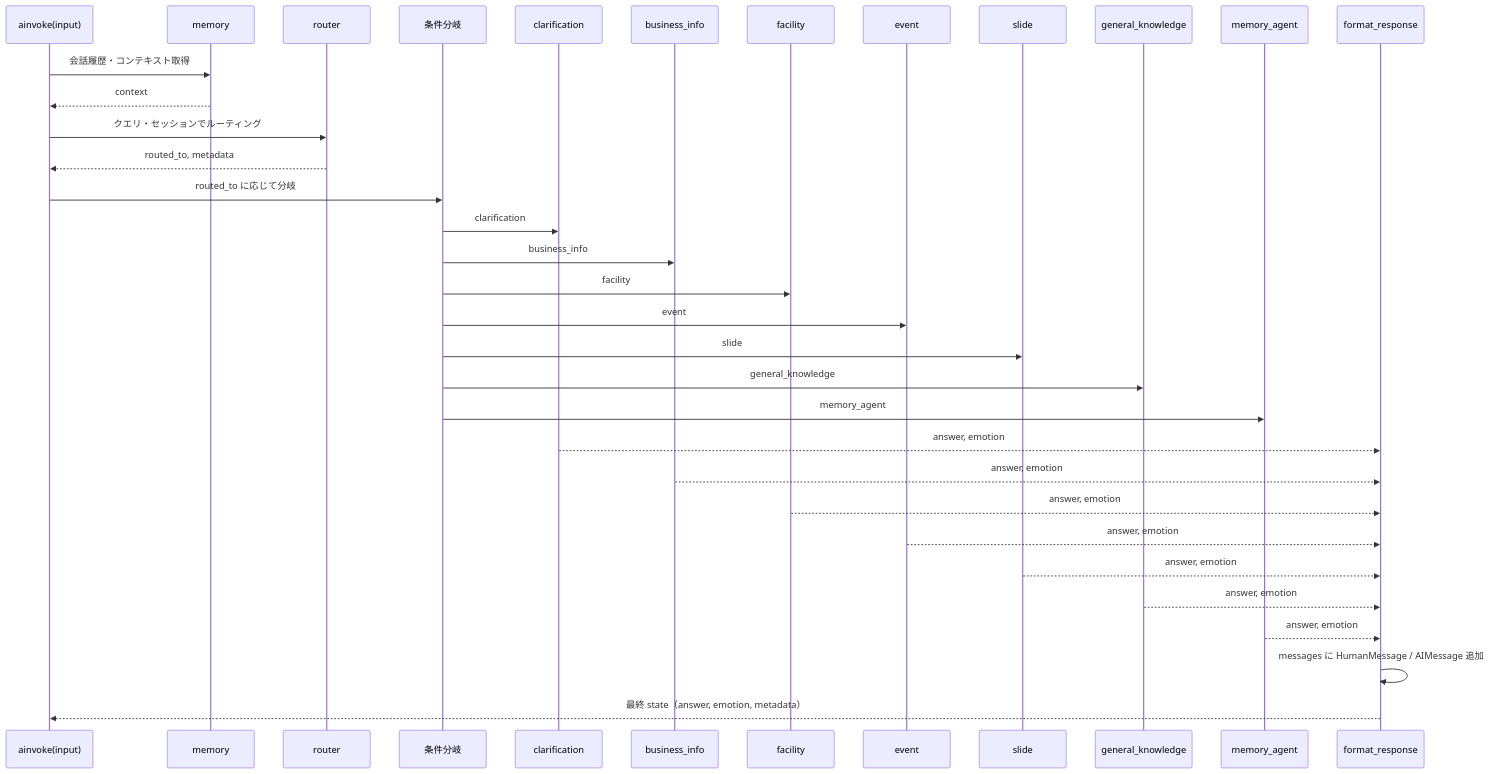
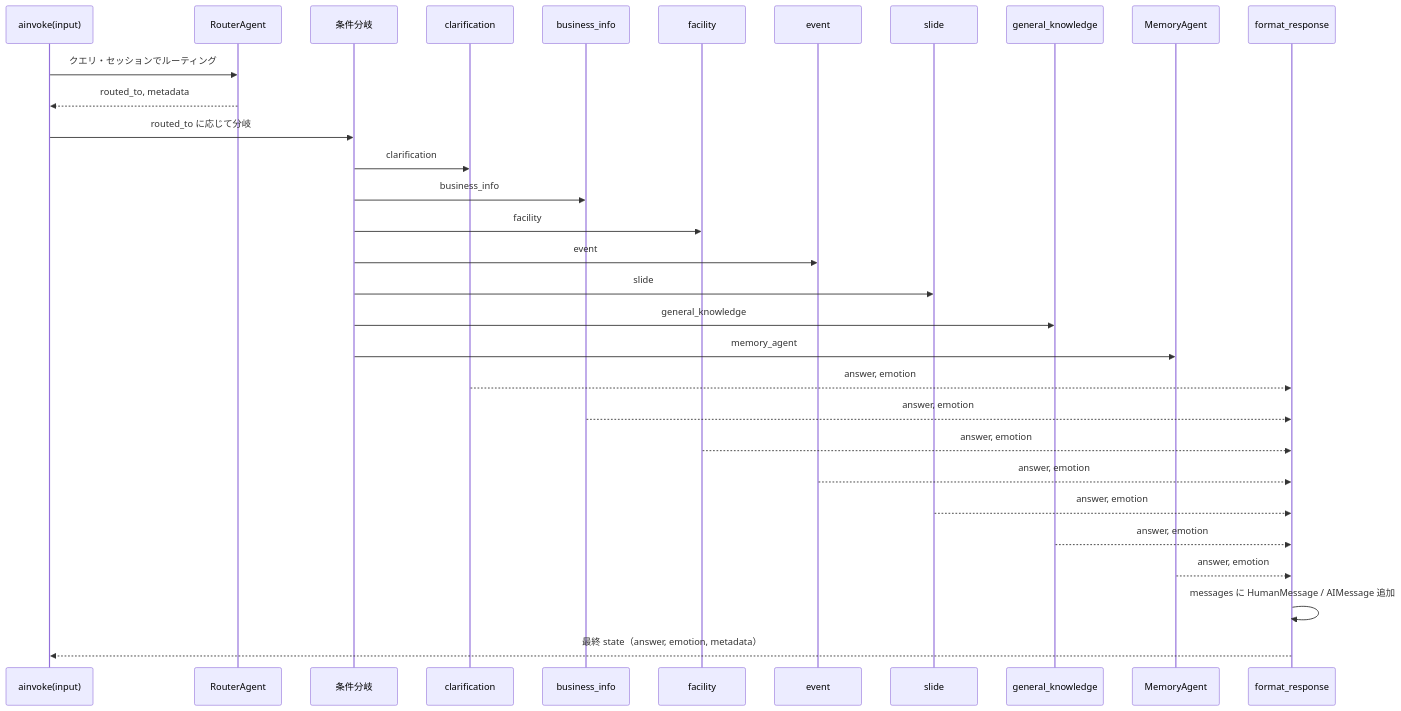
One commit to EngineerCafeJP/engineercafe-navigator changed the fourth of 5 diagrams in docs/architecture/SEQUENCE-DIAGRAM.md. Above: the diagram before and after it, drawn with Mermaid. The commit also changed other lines of this file, not shown here.

First line of the commit message:
docs: 修正されたシーケンス図の表現を更新

````diff
--- a/docs/architecture/SEQUENCE-DIAGRAM.md
+++ b/docs/architecture/SEQUENCE-DIAGRAM.md
@@ -121,39 +120,36 @@
 ```mermaid
 sequenceDiagram
     participant Invoke as ainvoke(input)
-    participant Memory as memory
-    participant Router as router
+    participant Router as RouterAgent
     participant Cond as 条件分岐
     participant Clarify as clarification
     participant Business as business_info
     participant Facility as facility
     participant Event as event
     participant Slide as slide
     participant General as general_knowledge
-    participant MemAgent as memory_agent
+    participant MemAgent as MemoryAgent
     participant Format as format_response
 
-    Invoke->>Memory: 会話履歴・コンテキスト取得
-    Memory-->>Invoke: context
     Invoke->>Router: クエリ・セッションでルーティング
     Router-->>Invoke: routed_to, metadata
     Invoke->>Cond: routed_to に応じて分岐
     Cond->>Clarify: clarification
     Cond->>Business: business_info
     Cond->>Facility: facility
     Cond->>Event: event
     Cond->>Slide: slide
     Cond->>General: general_knowledge
     Cond->>MemAgent: memory_agent
 
     Clarify-->>Format: answer, emotion
     Business-->>Format: answer, emotion
     Facility-->>Format: answer, emotion
     Event-->>Format: answer, emotion
     Slide-->>Format: answer, emotion
     General-->>Format: answer, emotion
     MemAgent-->>Format: answer, emotion
 
     Format->>Format: messages に HumanMessage / AIMessage 追加
     Format-->>Invoke: 最終 state（answer, emotion, metadata）
 ```
````
